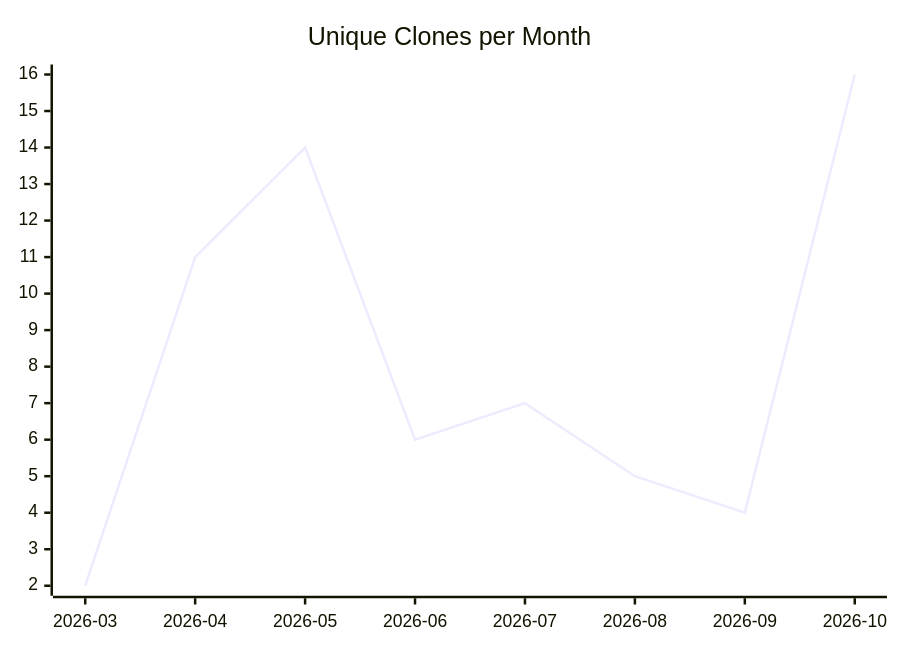
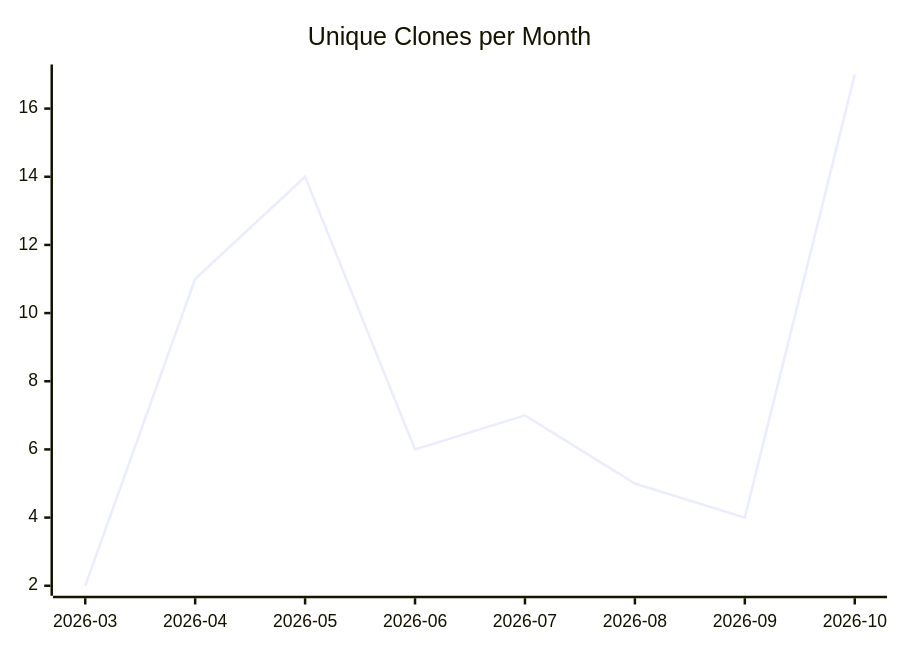
One commit to justdavis-family/github-analytics-data changed the third of 3 diagrams in karlmdavis/m2e-core/README.md. Above: the diagram before and after it, drawn with Mermaid. The commit also changed other lines of this file and 200 other files, not shown here.

````diff
--- a/karlmdavis/m2e-core/README.md
+++ b/karlmdavis/m2e-core/README.md
@@ -19,6 +19,6 @@
 ```mermaid
 xychart-beta
   title "Unique Clones per Month"
   x-axis ["2026-03", "2026-04", "2026-05", "2026-06", "2026-07", "2026-08", "2026-09", "2026-10"]
-  line [2, 11, 14, 6, 7, 5, 4, 16]
+  line [2, 11, 14, 6, 7, 5, 4, 17]
 ```
````
